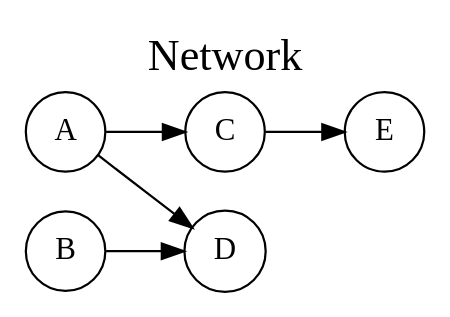
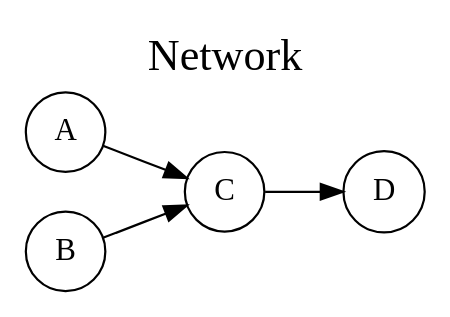
One commit to diegojacobs/BayesianNetwork changed the diagram in Network.dot. Above: the diagram before and after it, drawn with Graphviz. The commit also changed 15 other files, not shown here.

```diff
--- a/Network.dot
+++ b/Network.dot
@@ -1,13 +1,12 @@
 digraph Network {
 rankdir=LR;
 	graph [label="Network", labelloc=t, fontsize=20]; 
 	node [shape=doublecircle, style = filled, fillcolor=white, color = black];
 	node [shape=circle];
 	node [color=black, fontcolor=black];
 	edge [color=black];
 	A -> C
-	A -> D
-	B -> D
-	C -> E
+	B -> C
+	C -> D
 
 }
```
